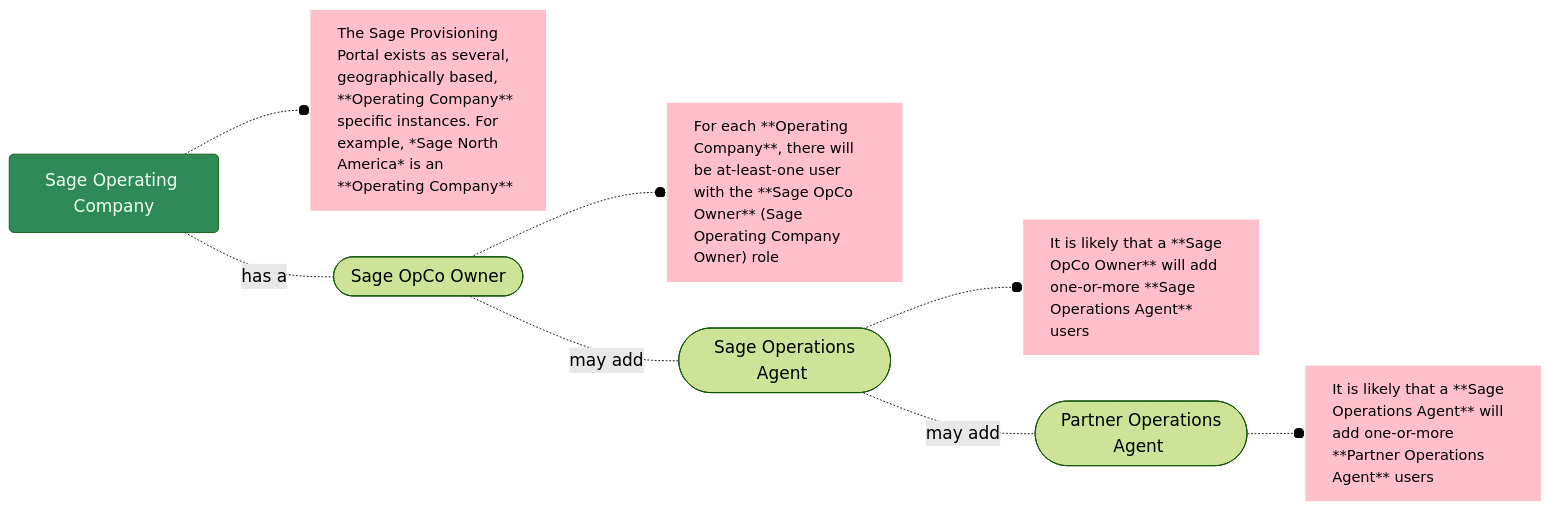
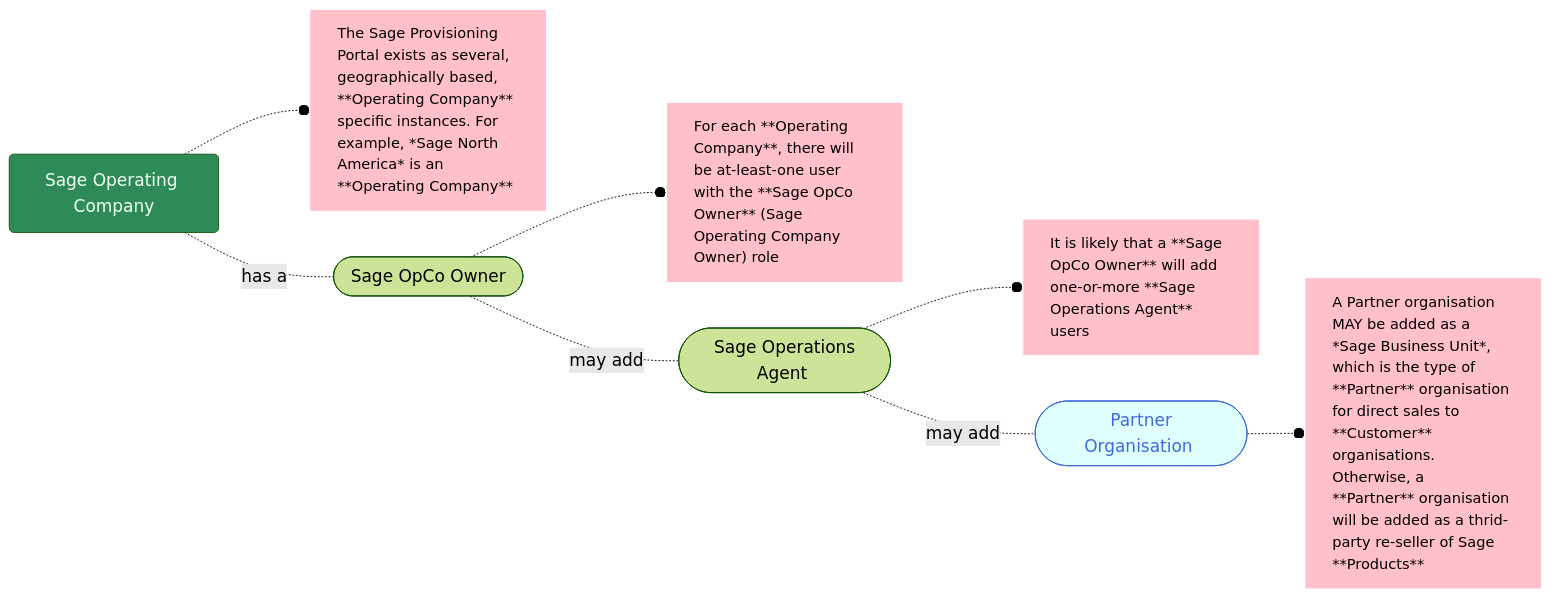
Before and after one commit to joe-dorward/samples: the diagram in 2025_Sage/01_What is an Operating Company.mdx, drawn with Mermaid.

Commit message:
Update 01_What is an Operating Company.mdx

````diff
--- a/2025_Sage/01_What is an Operating Company.mdx
+++ b/2025_Sage/01_What is an Operating Company.mdx
@@ -1,33 +1,36 @@
 ```mermaid
 %%{
   init: {
     'theme': 'forest',
     'themeVariables': {
       'fontSize':'14pt'
     }
   }
 }%%
 flowchart LR
   classDef Sage fill:seagreen, color:honeydew;
   classDef Noun fill:lightcyan, stroke:royalblue, color:royalblue;
   classDef Note fill:pink, stroke:white, text-align:left, font-size: 95%;
 
   SAGE_OPERATING_COMPANY_01(Sage Operating Company)-.-o
   SAGE_OPERATING_COMPANY_01_Note[The Sage Provisioning Portal exists as several, geographically based, **Operating Company** specific instances. For example, *Sage North America* is an **Operating Company**]
 
   SAGE_OPERATING_COMPANY_01-.has a.-
   SAGE_OPCO_OWNER_01([&nbsp;Sage OpCo Owner&nbsp;])-.-o
   SAGE_OPCO_OWNER_01_NOTE["For each **Operating Company**, there will be at-least-one user with the **Sage OpCo Owner** (Sage Operating Company Owner) role"]
 
   SAGE_OPCO_OWNER_01-.may add.-
   SAGE_OPERATIONS_AGENT_01([&nbsp;Sage Operations Agent&nbsp;])-.-o
   SAGE_OPERATIONS_AGENT_01_NOTE[It is likely that a **Sage OpCo Owner** will add one-or-more **Sage Operations Agent** users]
 
   SAGE_OPERATIONS_AGENT_01-.may add.-
-  PARTNER_OPERATIONS_AGENT_01([&nbsp;Partner Operations Agent&nbsp;])-.-o
-  PARTNER_OPERATIONS_AGENT_01_NOTE[It is likely that a **Sage Operations Agent** will add one-or-more **Partner Operations Agent** users]
+  PARTNER_ORGANISATION_01([&nbsp;Partner Organisation&nbsp;])-.-o
+  PARTNER_ORGANISATION_01_NOTE[A Partner organisation MAY be added as a *Sage Business Unit*, which is the type of **Partner** organisation for direct sales to **Customer** organisations. Otherwise, a **Partner** organisation will be added as a thrid-party re-seller of Sage **Products**]
+
+  %%PARTNER_OPERATIONS_AGENT_01([&nbsp;Partner Operations Agent&nbsp;])-.-o
+  %%PARTNER_OPERATIONS_AGENT_01_NOTE[It is likely that a **Sage Operations Agent** will add one-or-more **Partner Operations Agent** users]
 
   class SAGE_OPERATING_COMPANY_01 Sage
   class PARTNER_ORGANISATION_01,PRODUCT_01,PRODUCT_02 Noun
-  class SAGE_OPERATING_COMPANY_01_Note,SAGE_OPCO_OWNER_01_NOTE,SAGE_OPERATIONS_AGENT_01_NOTE,PARTNER_OPERATIONS_AGENT_01_NOTE Note
+  class SAGE_OPERATING_COMPANY_01_Note,SAGE_OPCO_OWNER_01_NOTE,SAGE_OPERATIONS_AGENT_01_NOTE,PARTNER_ORGANISATION_01_NOTE,PARTNER_OPERATIONS_AGENT_01_NOTE Note
 ```
````
